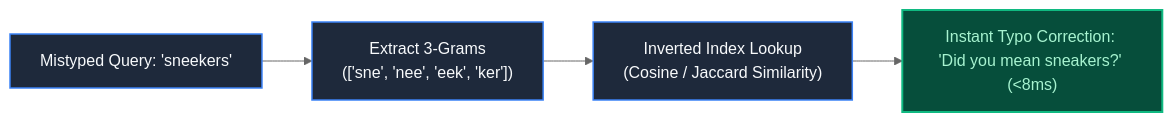
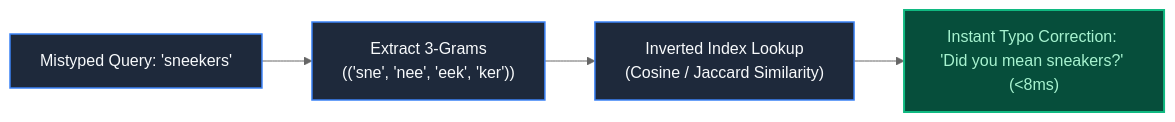
Before and after one commit to Priyeshnd555/systems-beyond-the-code: the third of 5 diagrams in book/part-03-time-space-asynchrony/chapter-21-system-distributed-search-autocomplete.md, drawn with Mermaid (neutral theme). The commit also changed other lines of this file and 33 other files, not shown here.

Commit message:
feat: add dynamic mermaid diagram sanitization and update chart syntax across book chapters

````diff
--- a/book/part-03-time-space-asynchrony/chapter-21-system-distributed-search-autocomplete.md
+++ b/book/part-03-time-space-asynchrony/chapter-21-system-distributed-search-autocomplete.md
@@ -84,10 +84,10 @@
 ```mermaid
 flowchart LR
-    Typo["Mistyped Query: 'sneekers'"] --> Grams["Extract 3-Grams\n(['sne', 'nee', 'eek', 'ker'])"]
+    Typo["Mistyped Query: 'sneekers'"] --> Grams["Extract 3-Grams\n(('sne', 'nee', 'eek', 'ker'))"]
     Grams --> InvIdx["Inverted Index Lookup\n(Cosine / Jaccard Similarity)"]
     InvIdx --> Corrected["Instant Typo Correction: 'Did you mean sneakers?' (<8ms)"]
 
     classDef default fill:#1e293b,stroke:#3b82f6,stroke-width:1.5px,color:#f8fafc;
     classDef success fill:#064e3b,stroke:#10b981,stroke-width:2px,color:#a7f3d0;
     class Corrected success;
 ```
````
